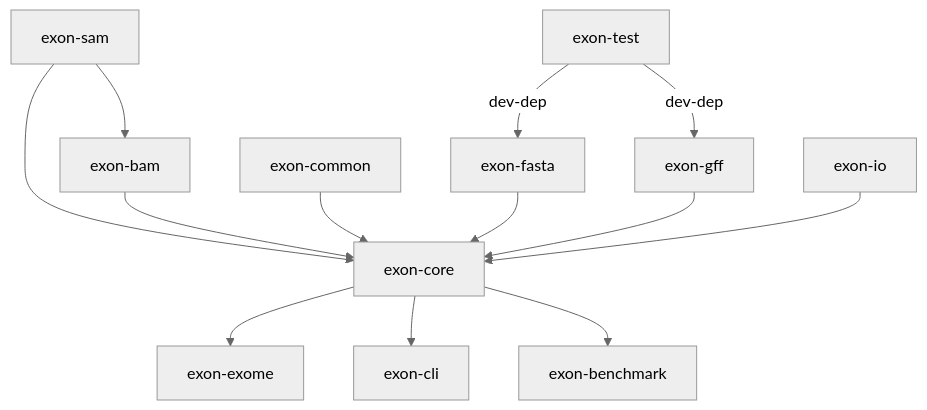
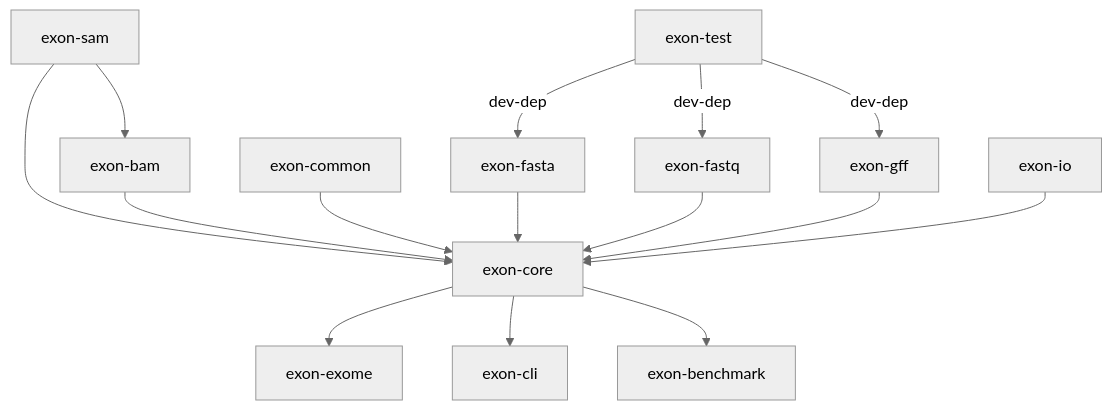
The diagram in docs/release-guide.md (wheretrue/exon), drawn with Mermaid (neutral theme) before and after one commit. The commit also changed other lines of this file and 1 other file, not shown here.

Commit message:
build: fastq description

````diff
--- a/docs/release-guide.md
+++ b/docs/release-guide.md
@@ -5,15 +5,17 @@
 ```mermaid
 flowchart TD
     exon-sam --> exon-bam
     exon-sam --> exon-core
     exon-bam --> exon-core
     exon-common --> exon-core
     exon-fasta --> exon-core
+    exon-fastq --> exon-core
     exon-gff --> exon-core
     exon-io --> exon-core
     exon-core --> exon-exome
     exon-test --dev-dep--> exon-fasta
+    exon-test --dev-dep--> exon-fastq
     exon-test --dev-dep--> exon-gff
     exon-core --> exon-cli
     exon-core --> exon-benchmark
 ```
````
